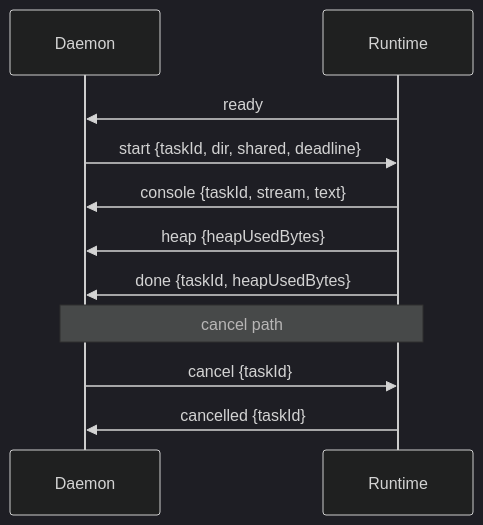
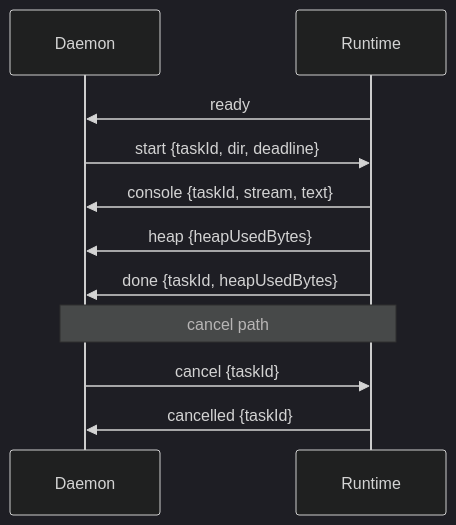
One commit to n8n-io/n8n-sandbox-service changed the fifth of 5 diagrams in docs/code-daemon.md. Above: the diagram before and after it, drawn with Mermaid (dark theme). The commit also changed other lines of this file, not shown here.

Commit message:
docs(codedaemon): drop the shared field from the start message (CET-692)

````diff
--- a/docs/code-daemon.md
+++ b/docs/code-daemon.md
@@ -232,13 +232,13 @@
 ```mermaid
 sequenceDiagram
     participant D as Daemon
     participant W as Runtime
     W->>D: ready
-    D->>W: start {taskId, dir, shared, deadline}
+    D->>W: start {taskId, dir, deadline}
     W->>D: console {taskId, stream, text}
     W->>D: heap {heapUsedBytes}
     W->>D: done {taskId, heapUsedBytes}
     Note over D,W: cancel path
     D->>W: cancel {taskId}
     W->>D: cancelled {taskId}
 ```
````
